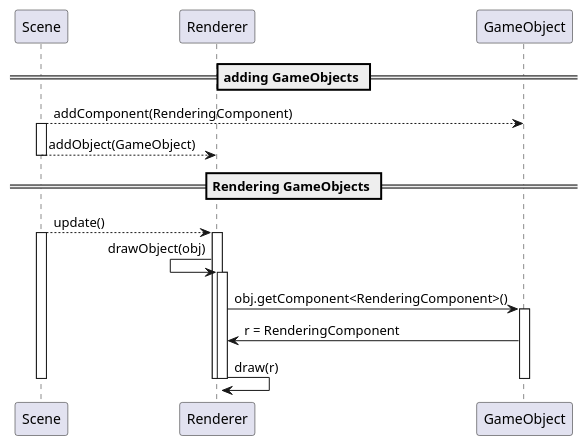
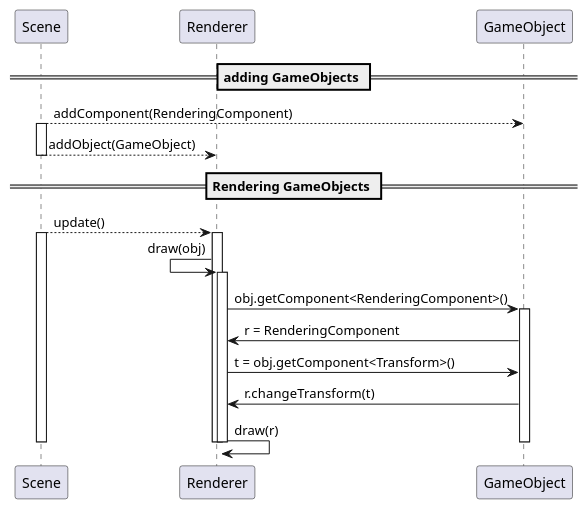
Before and after one commit to Pixotters/FROG: the diagram in docs/diagrams/rendering_seq.pu, drawn with PlantUML.

Commit message:
updated diagram

```diff
--- a/docs/diagrams/rendering_seq.pu
+++ b/docs/diagrams/rendering_seq.pu
@@ -1,31 +1,33 @@
 @startuml
 
 participant Scene
 participant Renderer
 participant GameObject
 
 == adding GameObjects ==
 
 Scene --> GameObject : addComponent(RenderingComponent)
 activate Scene
 
 Scene --> Renderer : addObject(GameObject)
 deactivate Scene
 
 == Rendering GameObjects ==
 
 Scene --> Renderer : update()
 activate Scene
 activate Renderer
-Renderer <- Renderer : drawObject(obj)
+Renderer <- Renderer : draw(obj)
 activate Renderer
 Renderer -> GameObject : obj.getComponent<RenderingComponent>()
 activate GameObject
 Renderer <- GameObject : r = RenderingComponent
+Renderer -> GameObject : t = obj.getComponent<Transform>()
+Renderer <- GameObject : r.changeTransform(t)
 Renderer -> Renderer : draw(r)
 deactivate Renderer
 deactivate GameObject
 deactivate Renderer
 deactivate Scene
 
 @enduml
```
